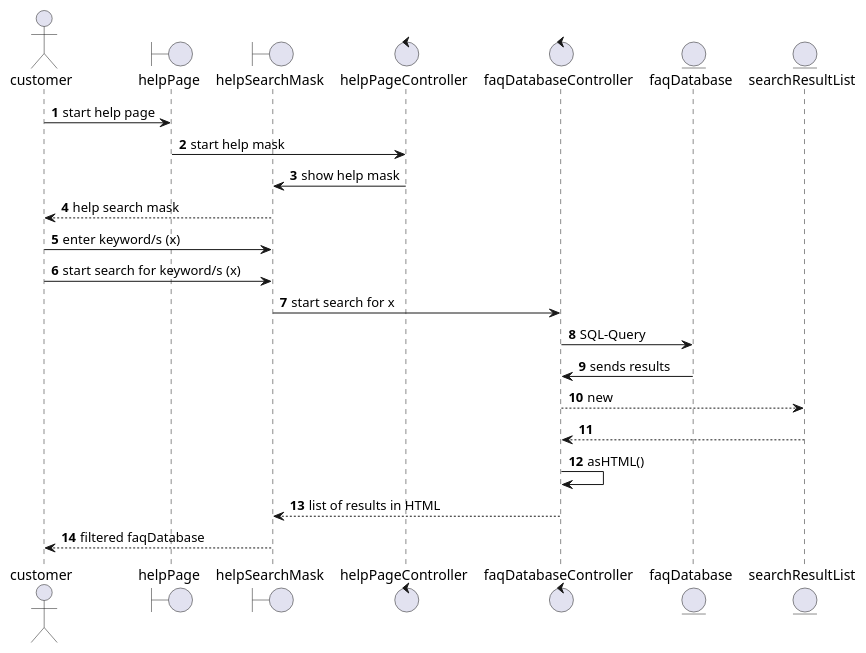
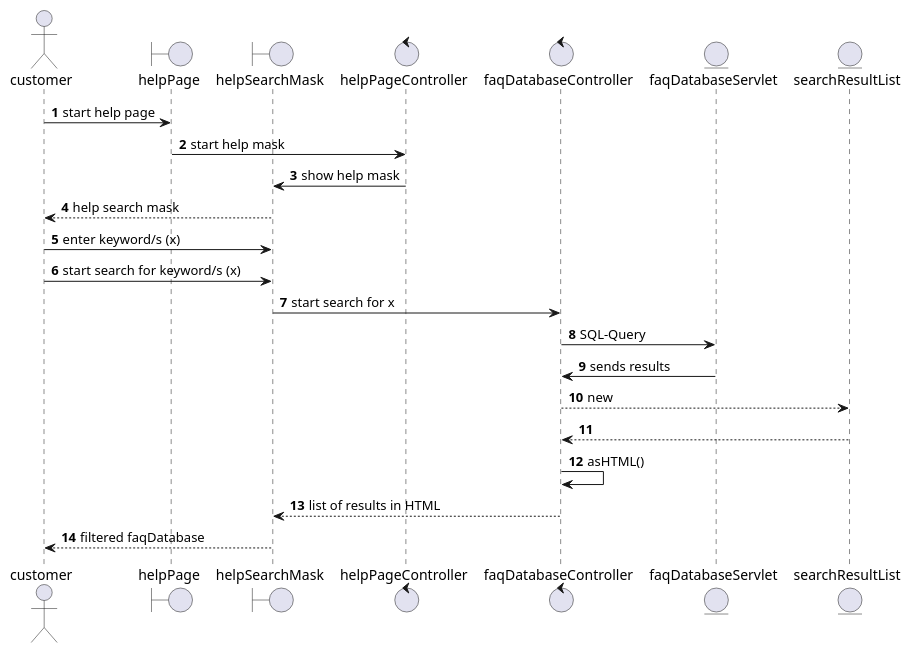
The diagram in src/main/team_space/exercise5/sd_FilterHelpPage.puml (1nbetw33n/Parkhaus_new), drawn with PlantUML before and after one commit.

Commit message:
Chaged faqDatbase -> faqDatabaseServlet

```diff
--- a/src/main/team_space/exercise5/sd_FilterHelpPage.puml
+++ b/src/main/team_space/exercise5/sd_FilterHelpPage.puml
@@ -1,32 +1,32 @@
 @startuml
 'https://plantuml.com/sequence-diagram
 
 
 actor customer
 boundary helpPage
 boundary helpSearchMask
 control helpPageController
 control faqDatabaseController
-entity faqDatabase
+entity faqDatabaseServlet
 
 
 
 entity searchResultList
 
 autonumber
 
 customer -> helpPage: start help page
 helpPage -> helpPageController: start help mask
 helpSearchMask <- helpPageController: show help mask
 customer <-- helpSearchMask: help search mask
 customer -> helpSearchMask: enter keyword/s (x)
 customer -> helpSearchMask: start search for keyword/s (x)
 helpSearchMask -> faqDatabaseController : start search for x
-faqDatabaseController -> faqDatabase: SQL-Query
-faqDatabase -> faqDatabaseController: sends results
+faqDatabaseController -> faqDatabaseServlet: SQL-Query
+faqDatabaseServlet -> faqDatabaseController: sends results
 faqDatabaseController --> searchResultList: new
 searchResultList --> faqDatabaseController:
 faqDatabaseController -> faqDatabaseController : asHTML()
 faqDatabaseController --> helpSearchMask: list of results in HTML
 helpSearchMask --> customer: filtered faqDatabase
 @enduml
```
